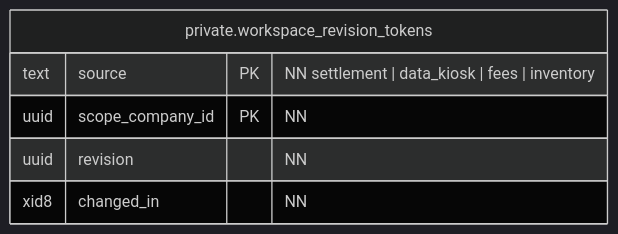
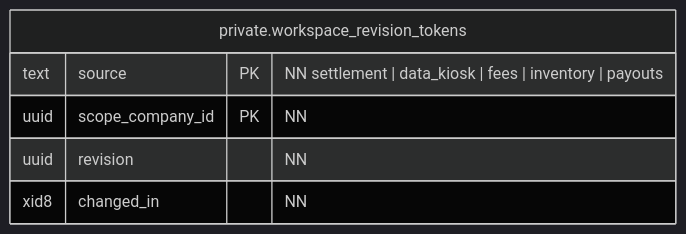
One commit to qwercxzsda/A-SelBox changed the diagram in docs/figures/database/08-revisions.mmd. Above: the diagram before and after it, drawn with Mermaid (dark theme). The commit also changed 318 other files, not shown here.

```diff
--- a/docs/figures/database/08-revisions.mmd
+++ b/docs/figures/database/08-revisions.mmd
@@ -1,9 +1,9 @@
 erDiagram
     direction LR
 
     private_workspace_revision_tokens["private.workspace_revision_tokens"] {
-        text source PK "NN settlement | data_kiosk | fees | inventory"
+        text source PK "NN settlement | data_kiosk | fees | inventory | payouts"
         uuid scope_company_id PK "NN"
         uuid revision "NN"
         xid8 changed_in "NN"
     }
```
